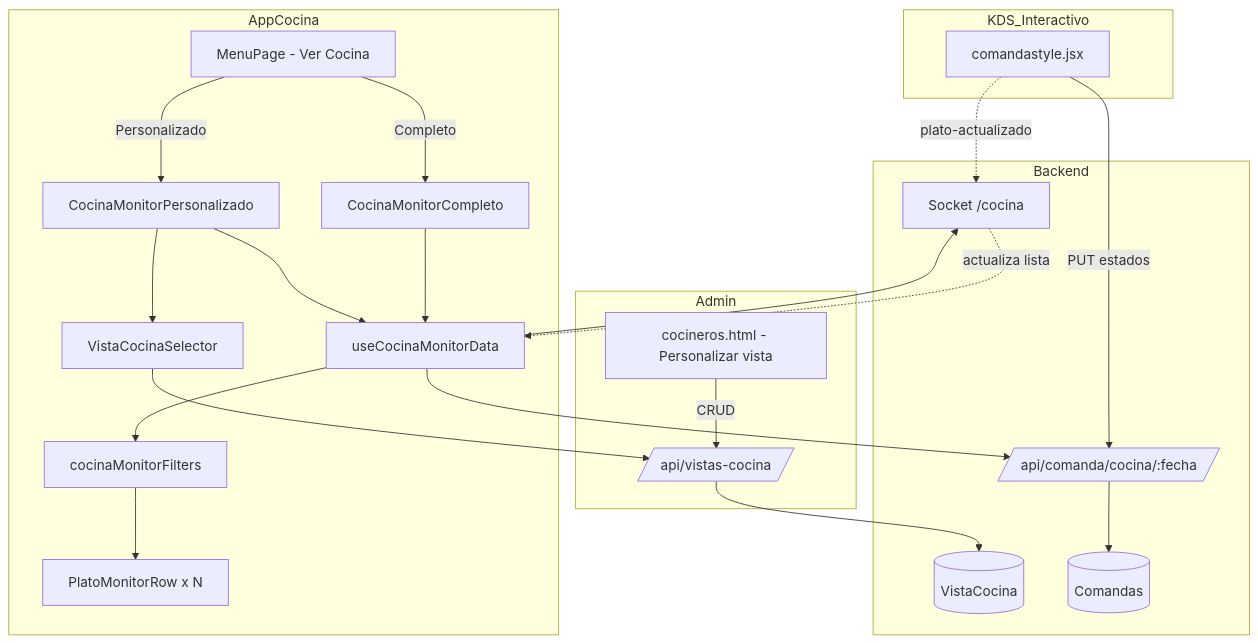
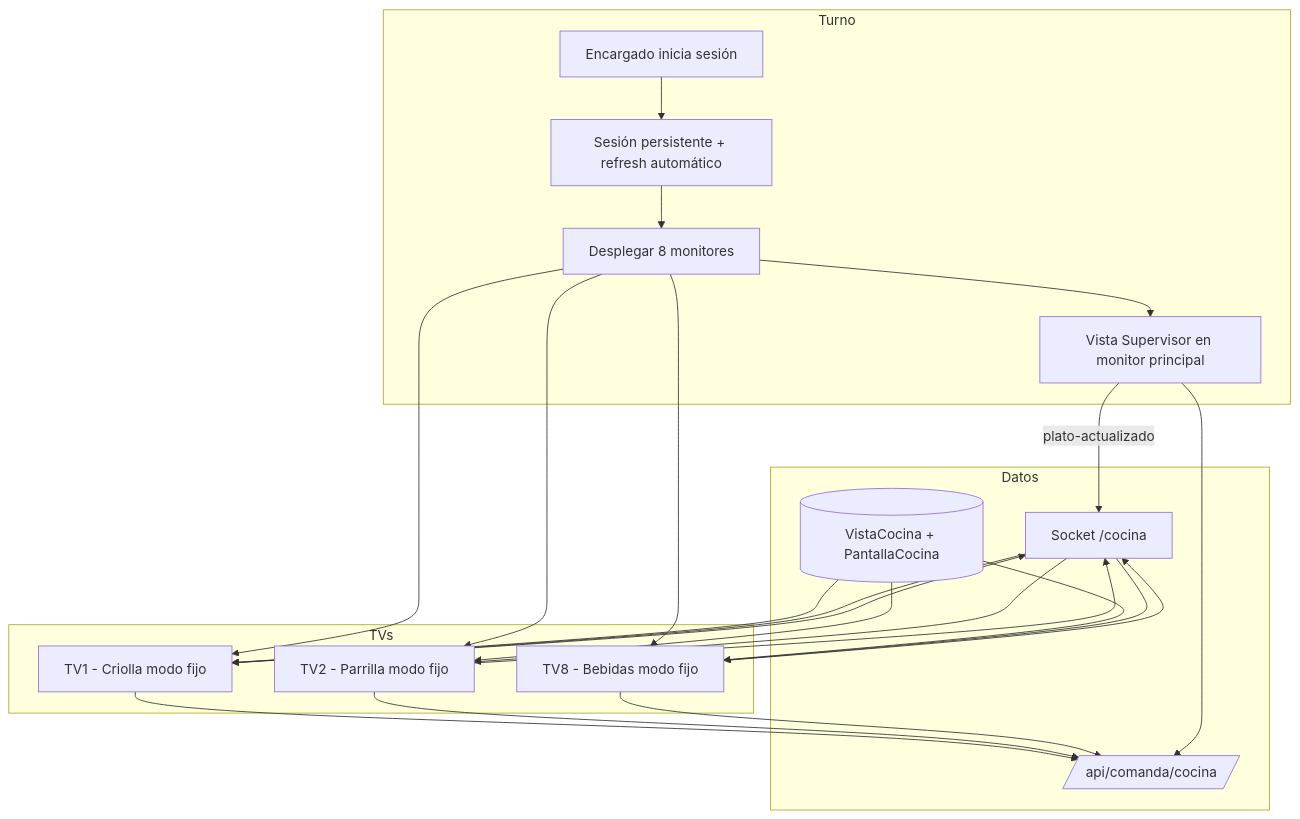
One commit to hgartemis3515/appcocina changed the diagram in docs/PLAN_VISTA_VER_COCINA.md. Above: the diagram before and after it, drawn with Mermaid. The commit also changed other lines of this file and 15 other files, not shown here.

Commit message:
Vista de cocina

````diff
--- a/docs/PLAN_VISTA_VER_COCINA.md
+++ b/docs/PLAN_VISTA_VER_COCINA.md
@@ -472,36 +601,29 @@
 ```mermaid
 flowchart TB
-    subgraph Admin
-        CH[cocineros.html - Personalizar vista]
-        CH -->|CRUD| API_VC[/api/vistas-cocina/]
+    subgraph Turno
+        LOGIN[Encargado inicia sesión]
+        LOGIN --> PERSIST[Sesión persistente + refresh automático]
+        PERSIST --> DESP[Desplegar 8 monitores]
+        DESP --> KDS[Vista Supervisor en monitor principal]
     end
 
-    subgraph Backend
-        API_COM[/api/comanda/cocina/:fecha/]
-        SOCKET[Socket /cocina]
-        API_VC --> Mongo[(VistaCocina)]
-        API_COM --> MongoC[(Comandas)]
+    subgraph TVs
+        TV1[TV1 - Criolla modo fijo]
+        TV2[TV2 - Parrilla modo fijo]
+        TV8[TV8 - Bebidas modo fijo]
     end
 
-    subgraph AppCocina
-        MENU[MenuPage - Ver Cocina]
-        MENU -->|Completo| MON_C[CocinaMonitorCompleto]
-        MENU -->|Personalizado| MON_P[CocinaMonitorPersonalizado]
-        MON_C --> HOOK[useCocinaMonitorData]
-        MON_P --> HOOK
-        MON_P --> SEL[VistaCocinaSelector]
-        SEL --> API_VC
-        HOOK --> API_COM
-        HOOK --> SOCKET
-        HOOK --> FILTER[cocinaMonitorFilters]
-        FILTER --> ROW[PlatoMonitorRow x N]
+    subgraph Datos
+        API[/api/comanda/cocina/]
+        SOCK[Socket /cocina]
+        VC[(VistaCocina + PantallaCocina)]
     end
 
-    subgraph KDS_Interactivo
-        KDS[comandastyle.jsx]
-        KDS -->|PUT estados| API_COM
-    end
-
-    KDS -.->|plato-actualizado| SOCKET
-    SOCKET -.->|actualiza lista| HOOK
+    DESP --> TV1 & TV2 & TV8
+    TV1 & TV2 & TV8 --> API
+    TV1 & TV2 & TV8 --> SOCK
+    VC --> TV1 & TV2 & TV8
+    KDS --> API
+    KDS -->|plato-actualizado| SOCK
+    SOCK --> TV1 & TV2 & TV8
 ```
````
